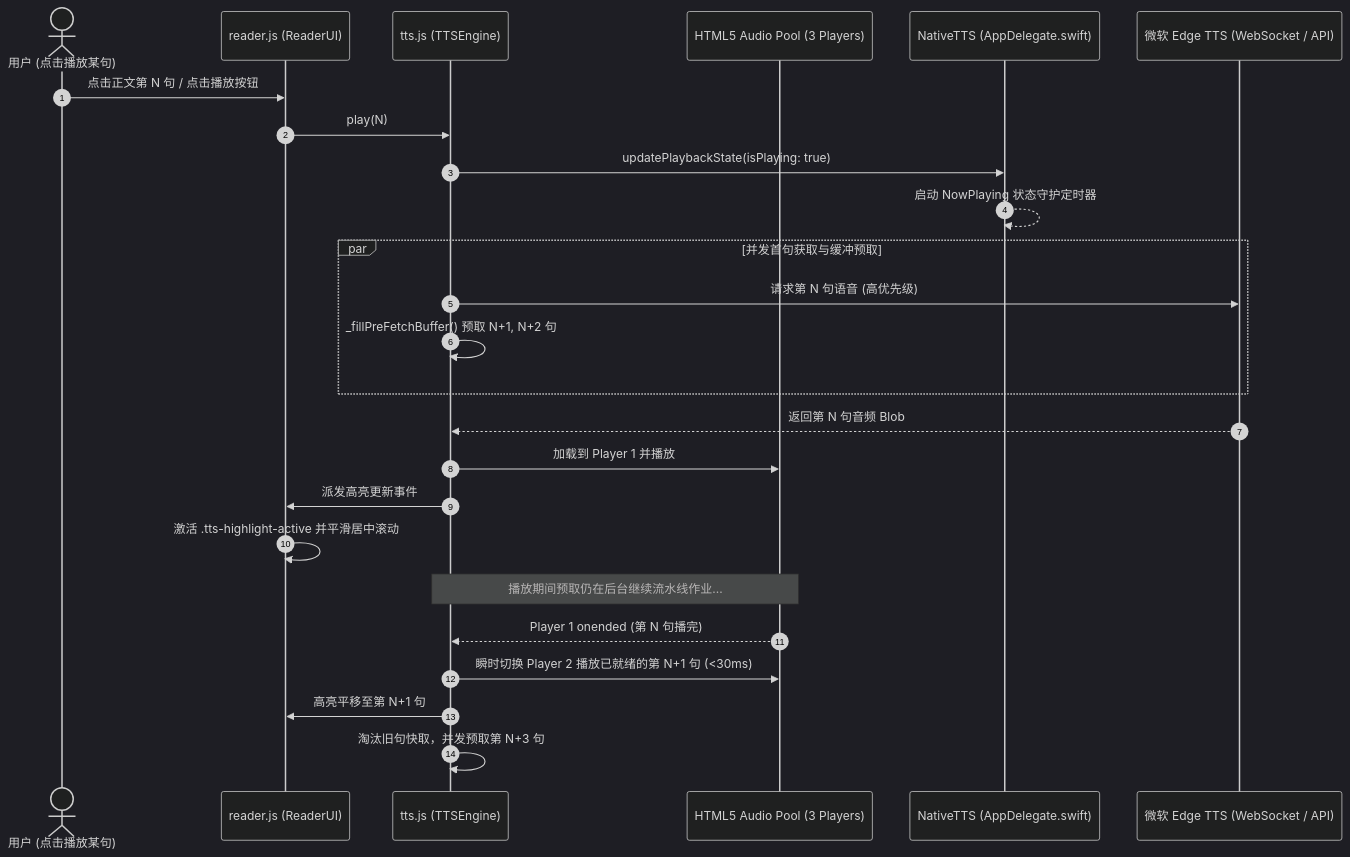
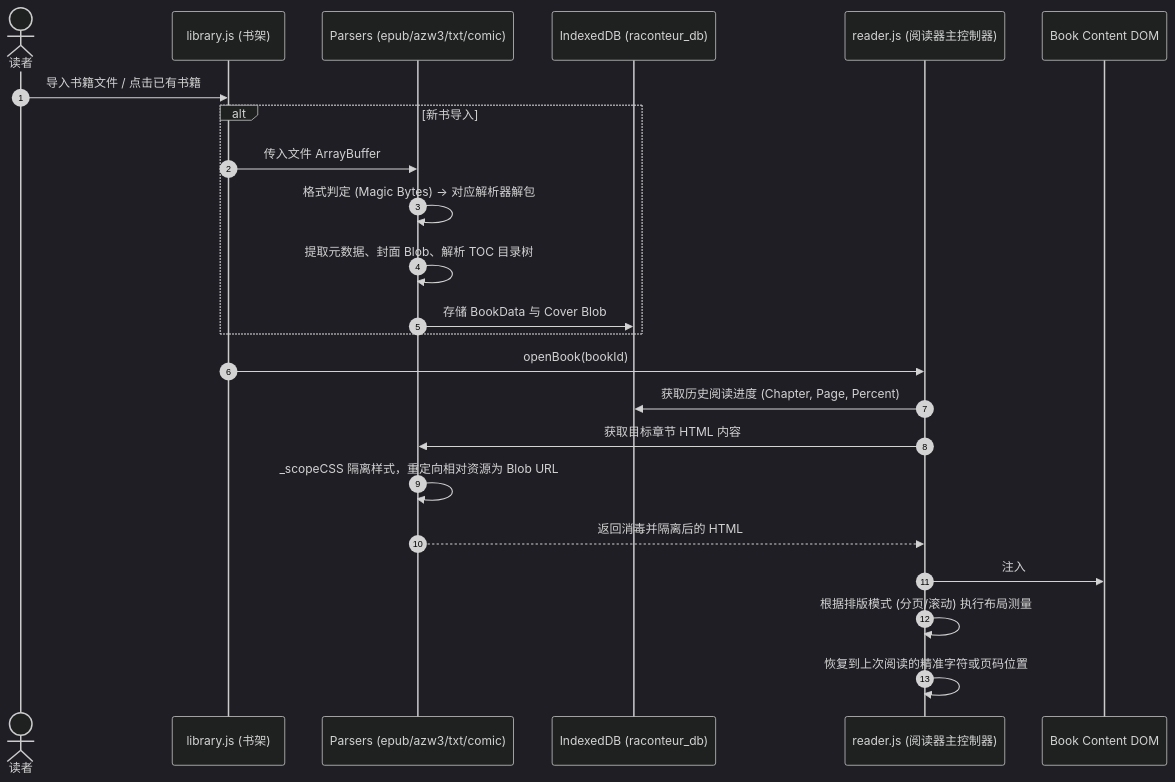
Before and after one commit to newfur/newfur.github.io: the second of 3 diagrams in docs/ARCHITECTURE.md, drawn with Mermaid (dark theme). The commit also changed other lines of this file, not shown here.

Commit message:
docs: expand technical architecture with deep dive into parsers, AI assistant, pagination and rendering engines (v2.0)

````diff
--- a/docs/ARCHITECTURE.md
+++ b/docs/ARCHITECTURE.md
@@ -233,32 +338,26 @@
 ```mermaid
 sequenceDiagram
     autonumber
-    actor User as 用户 (点击播放某句)
-    participant Core as reader.js (ReaderUI)
-    participant Engine as tts.js (TTSEngine)
-    participant AudioPool as HTML5 Audio Pool (3 Players)
-    participant Native as NativeTTS (AppDelegate.swift)
-    participant Edge as 微软 Edge TTS (WebSocket / API)
+    actor User as 读者
+    participant Shelf as library.js (书架)
+    participant Engine as Parsers (epub/azw3/txt/comic)
+    participant DB as IndexedDB (raconteur_db)
+    participant Reader as reader.js (阅读器主控制器)
+    participant DOM as Book Content DOM
 
-    User->>Core: 点击正文第 N 句 / 点击播放按钮
-    Core->>Engine: play(N)
-    Engine->>Native: updatePlaybackState(isPlaying: true)
-    Native-->>Native: 启动 NowPlaying 状态守护定时器
-    
-    par 并发首句获取与缓冲预取
-        Engine->>Edge: 请求第 N 句语音 (高优先级)
-        Engine->>Engine: _fillPreFetchBuffer() 预取 N+1, N+2 句
+    User->>Shelf: 导入书籍文件 / 点击已有书籍
+    alt 新书导入
+        Shelf->>Engine: 传入文件 ArrayBuffer
+        Engine->>Engine: 格式判定 (Magic Bytes) -> 对应解析器解包
+        Engine->>Engine: 提取元数据、封面 Blob、解析 TOC 目录树
+        Engine->>DB: 存储 BookData 与 Cover Blob
     end
-
-    Edge-->>Engine: 返回第 N 句音频 Blob
-    Engine->>AudioPool: 加载到 Player 1 并播放
-    Engine->>Core: 派发高亮更新事件
-    Core->>Core: 激活 .tts-highlight-active 并平滑居中滚动
-
-    Note over Engine,AudioPool: 播放期间预取仍在后台继续流水线作业...
-
-    AudioPool-->>Engine: Player 1 onended (第 N 句播完)
-    Engine->>AudioPool: 瞬时切换 Player 2 播放已就绪的第 N+1 句 (<30ms)
-    Engine->>Core: 高亮平移至第 N+1 句
-    Engine->>Engine: 淘汰旧句快取，并发预取第 N+3 句
+    Shelf->>Reader: openBook(bookId)
+    Reader->>DB: 获取历史阅读进度 (Chapter, Page, Percent)
+    Reader->>Engine: 获取目标章节 HTML 内容
+    Engine->>Engine: _scopeCSS 隔离样式，重定向相对资源为 Blob URL
+    Engine-->>Reader: 返回消毒并隔离后的 HTML
+    Reader->>DOM: 注入 #book-content
+    Reader->>Reader: 根据排版模式 (分页/滚动) 执行布局测量
+    Reader->>Reader: 恢复到上次阅读的精准字符或页码位置
 ```
````
